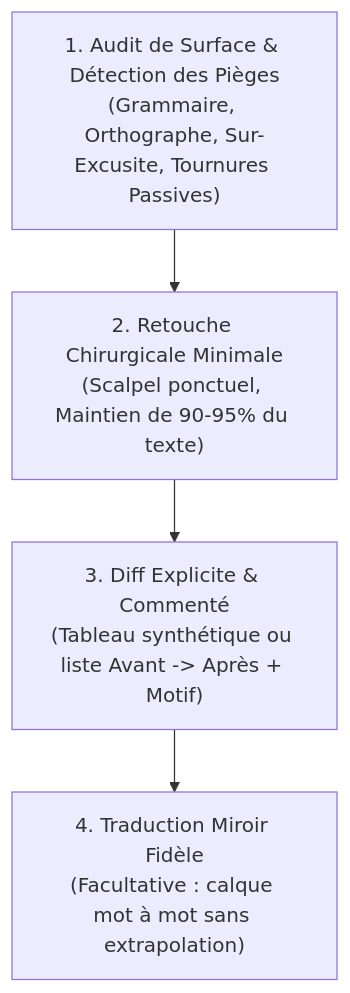
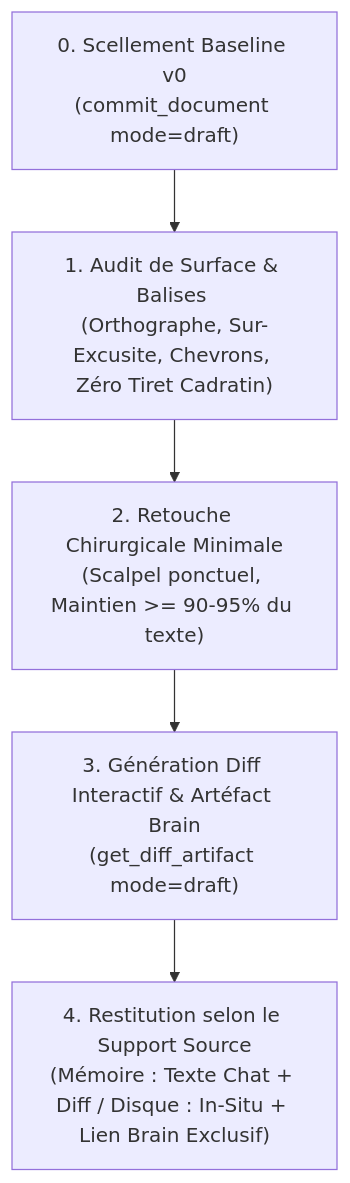
The second of 2 diagrams in src/skills/draft/SKILL.md (hjamet/cursor-memory-bank), drawn with Mermaid before and after one commit. The commit also changed other lines of this file, not shown here.

Commit message:
docs(skills): strictly forbid manual artifact fabrication in draft skill

````diff
--- a/src/skills/draft/SKILL.md
+++ b/src/skills/draft/SKILL.md
@@ -51,6 +70,7 @@
 ```mermaid
 graph TD
-    S1["1. Audit de Surface & Détection des Pièges<br/>(Grammaire, Orthographe, Sur-Excusite, Tournures Passives)"] --> S2["2. Retouche Chirurgicale Minimale<br/>(Scalpel ponctuel, Maintien de 90-95% du texte)"]
-    S2 --> S3["3. Diff Explicite & Commenté<br/>(Tableau synthétique ou liste Avant -> Après + Motif)"]
-    S3 --> S4["4. Traduction Miroir Fidèle<br/>(Facultative : calque mot à mot sans extrapolation)"]
+    S0["0. Scellement Baseline v0<br/>(commit_document mode=draft)"] --> S1["1. Audit de Surface & Balises <XXX><br/>(Orthographe, Sur-Excusite, Chevrons, Zéro Tiret Cadratin)"]
+    S1 --> S2["2. Retouche Chirurgicale Minimale<br/>(Scalpel ponctuel, Maintien >= 90-95% du texte)"]
+    S2 --> S3["3. Génération Diff Interactif & Artéfact Brain<br/>(get_diff_artifact mode=draft)"]
+    S3 --> S4["4. Restitution selon le Support Source<br/>(Mémoire : Texte Chat + Diff / Disque : In-Situ + Lien Brain Exclusif)"]
 ```
````
